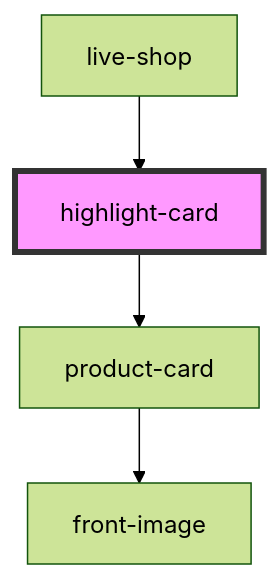
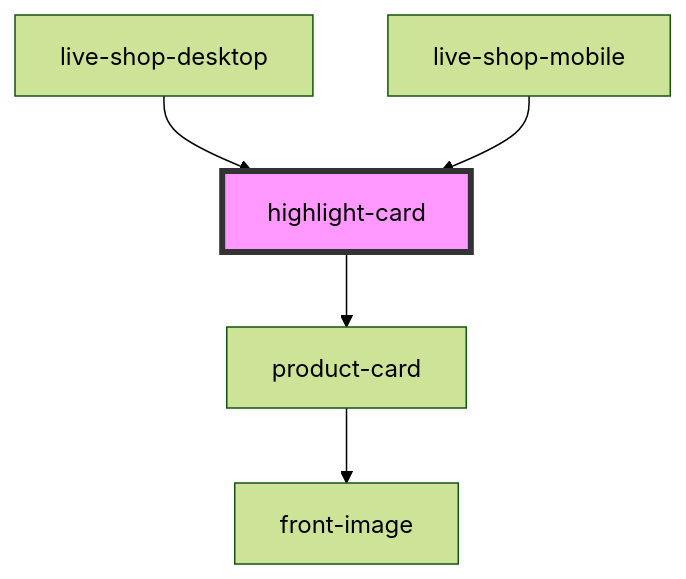
One commit to commerce-suite/storefront-components changed the diagram in src/components/ui/highlight-card/readme.md. Above: the diagram before and after it, drawn with Mermaid (forest theme). The commit also changed other lines of this file and 14 other files, not shown here.

Commit message:
refactor: criação de componentes separados para visualização mobile/desktop

````diff
--- a/src/components/ui/highlight-card/readme.md
+++ b/src/components/ui/highlight-card/readme.md
@@ -33,7 +34,8 @@
 ```mermaid
 graph TD;
   highlight-card --> product-card
   product-card --> front-image
-  live-shop --> highlight-card
+  live-shop-desktop --> highlight-card
+  live-shop-mobile --> highlight-card
   style highlight-card fill:#f9f,stroke:#333,stroke-width:4px
 ```
````
